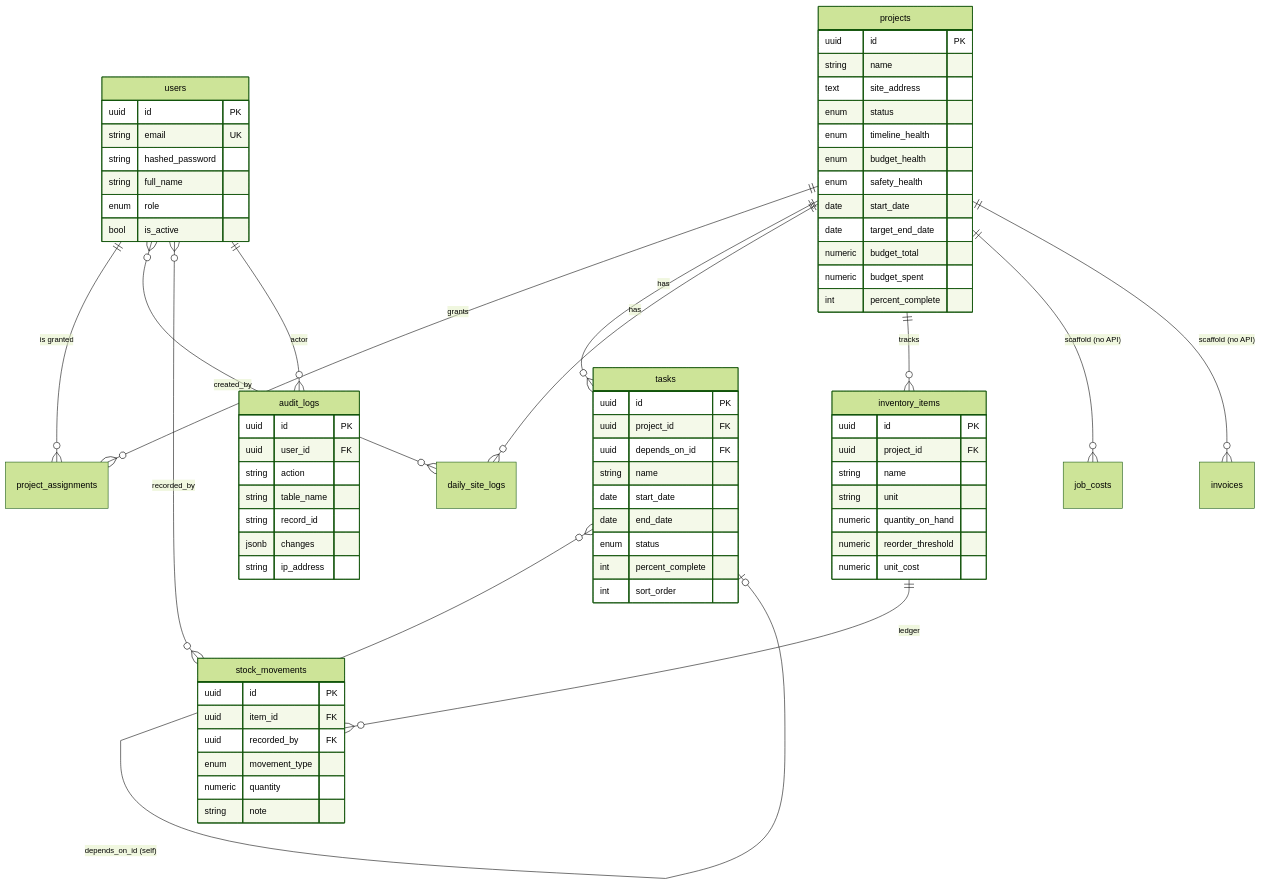
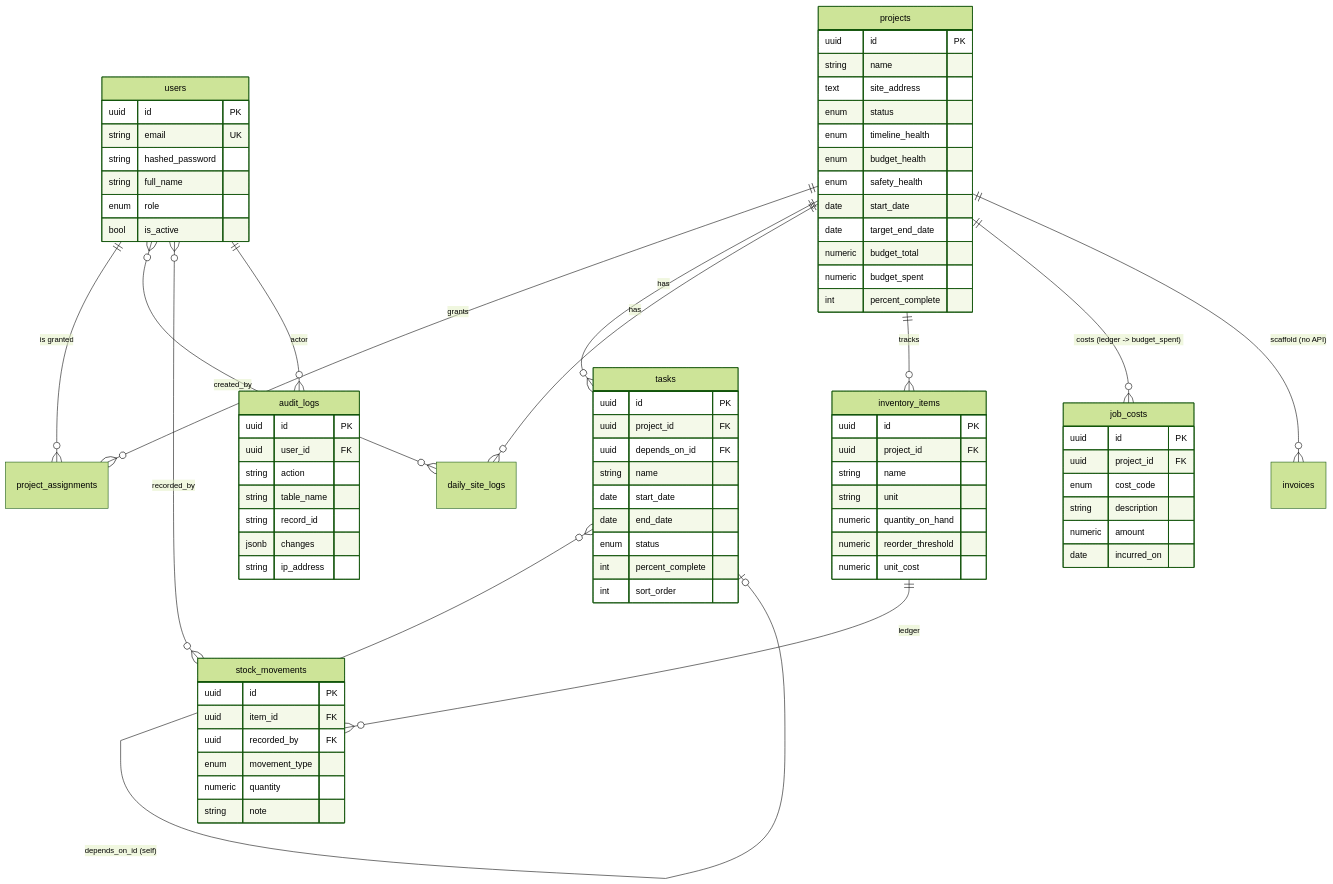
Before and after one commit to Shubh-kesh/ice-platform-phase1: the sixth of 12 diagrams in docs/ARCHITECTURE.md, drawn with Mermaid (forest theme). The commit also changed other lines of this file and 13 other files, not shown here.

Commit message:
feat: implement job costing and budget tracking

```diff
--- a/docs/ARCHITECTURE.md
+++ b/docs/ARCHITECTURE.md
@@ -203,7 +204,7 @@
     projects ||--o{ inventory_items : "tracks"
     inventory_items ||--o{ stock_movements : "ledger"
     users }o--o{ stock_movements : "recorded_by"
-    projects ||--o{ job_costs : "scaffold (no API)"
+    projects ||--o{ job_costs : "costs (ledger -> budget_spent)"
     projects ||--o{ invoices : "scaffold (no API)"
     users ||--o{ audit_logs : "actor"
 
@@ -257,6 +258,14 @@
         numeric quantity
         string note
     }
+    job_costs {
+        uuid id PK
+        uuid project_id FK
+        enum cost_code
+        string description
+        numeric amount
+        date incurred_on
+    }
     audit_logs {
         uuid id PK
         uuid user_id FK
```
